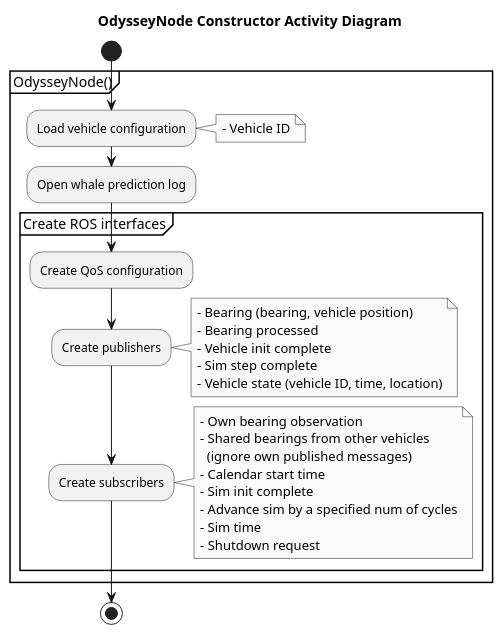
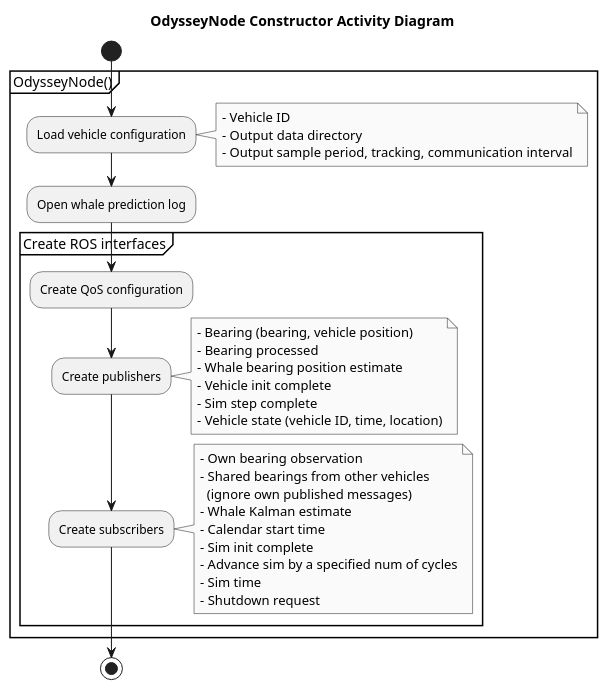
One commit to Tebcherani/MANTA changed the diagram in components/manta_odyssey/docs/odyssey_init.puml. Above: the diagram before and after it, drawn with PlantUML.

Commit message:
Update Odyssey initialization diagram for current interfaces

```diff
--- a/components/manta_odyssey/docs/odyssey_init.puml
+++ b/components/manta_odyssey/docs/odyssey_init.puml
@@ -1,46 +1,50 @@
 @startuml
 title OdysseyNode Constructor Activity Diagram
 
 skinparam monochrome true
 skinparam shadowing false
 skinparam svgLinkTarget _self
 
 start
 
 partition "OdysseyNode()" {
     :Load vehicle configuration;
     note right
         - Vehicle ID
+        - Output data directory
+        - Output sample period, tracking, communication interval
     end note
 
     :Open whale prediction log;
 
     partition "Create ROS interfaces" {
         :Create QoS configuration;
 
         :Create publishers;
         note right
             - Bearing (bearing, vehicle position)
             - Bearing processed
+            - Whale bearing position estimate
             - Vehicle init complete
             - Sim step complete
             - Vehicle state (vehicle ID, time, location)
         end note
 
         :Create subscribers;
         note right
             - Own bearing observation
             - Shared bearings from other vehicles
               (ignore own published messages)
+            - Whale Kalman estimate
             - Calendar start time
             - Sim init complete
             - Advance sim by a specified num of cycles
             - Sim time
             - Shutdown request
         end note
     }
 }
 
 stop
 
 @enduml
```
